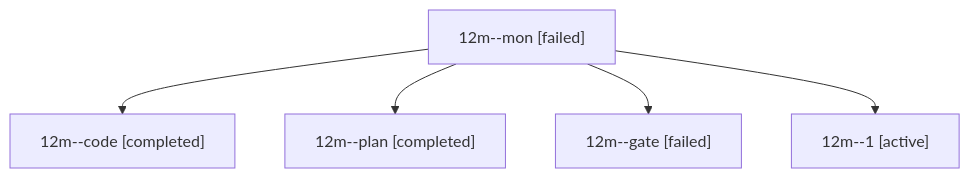
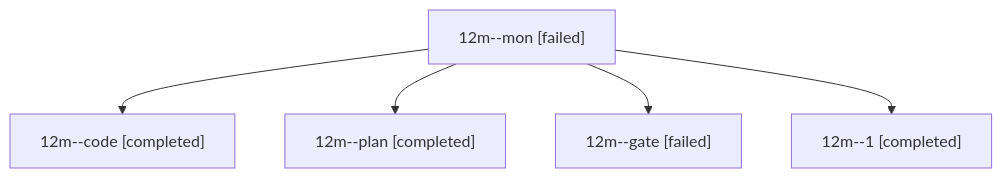
One commit to sase-org/sase--agents changed the diagram in sessions/bbugyi200.athena.12m.md. Above: the diagram before and after it, drawn with Mermaid. The commit also changed other lines of this file and 6 other files, not shown here.

````diff
--- a/sessions/bbugyi200.athena.12m.md
+++ b/sessions/bbugyi200.athena.12m.md
@@ -9,12 +9,12 @@
 ```mermaid
 flowchart TD
   n0["12m--mon [failed]"]
   n1["12m--code [completed]"]
   n0 --> n1
   n2["12m--plan [completed]"]
   n0 --> n2
   n3["12m--gate [failed]"]
   n0 --> n3
-  n4["12m--1 [active]"]
+  n4["12m--1 [completed]"]
   n0 --> n4
 ```
````
